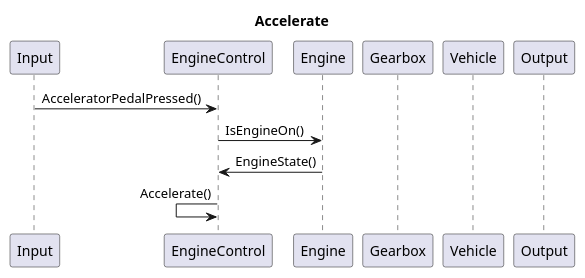
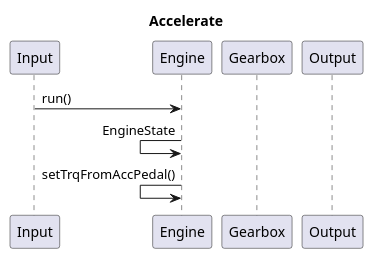
Before and after one commit to SubspaceBob/bootcamp_project: the diagram in Docs/src/sequence_accelerate.wsd, drawn with PlantUML. The commit also changed 7 other files, not shown here.

```diff
--- a/Docs/src/sequence_accelerate.wsd
+++ b/Docs/src/sequence_accelerate.wsd
@@ -1,15 +1,12 @@
 @startuml
 title Accelerate
 participant Input
-participant EngineControl
 participant Engine
 participant Gearbox
-participant Vehicle
 participant Output
-Input -> EngineControl : AcceleratorPedalPressed()
-EngineControl -> Engine : IsEngineOn()
-EngineControl <- Engine : EngineState()
-EngineControl <- EngineControl : Accelerate()
+Input -> Engine : run()
+Engine <- Engine : EngineState
+Engine <- Engine : setTrqFromAccPedal()
 
 
 @enduml
```
